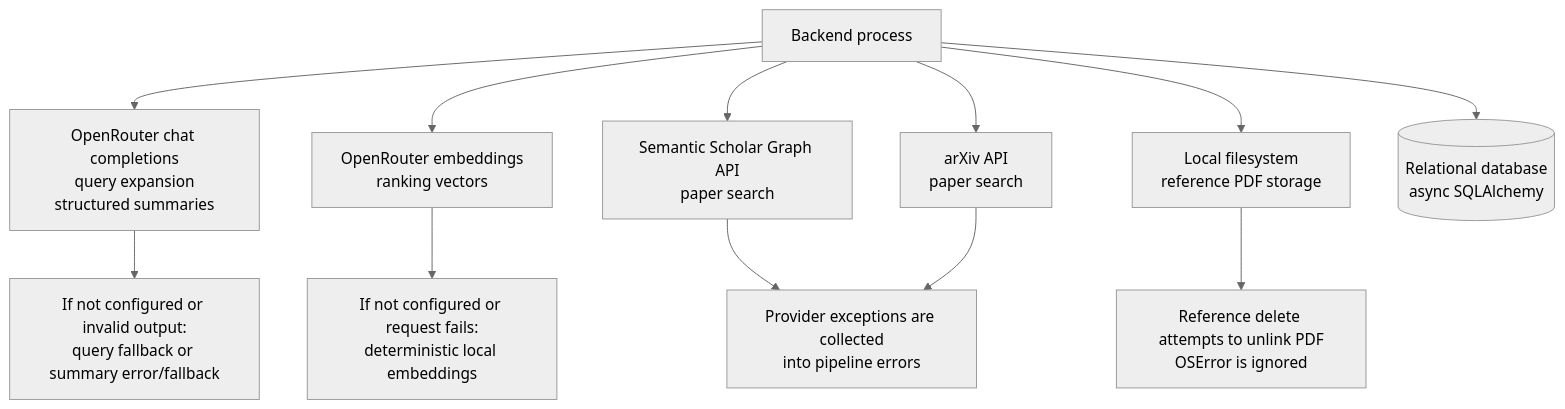
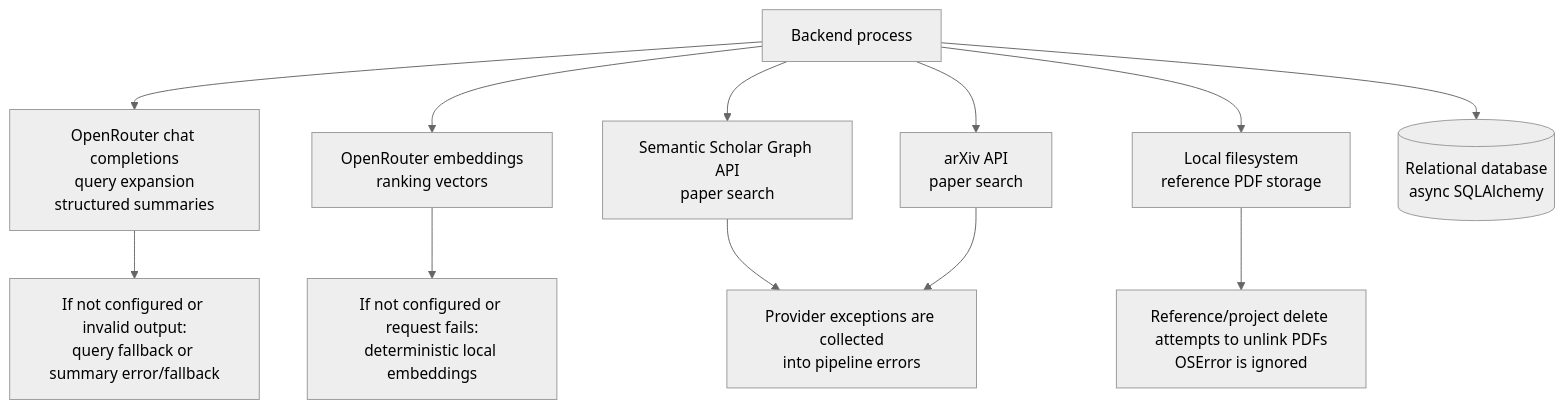
One commit to hungnt0406/confluex-AI-powered-research-workspace changed diagram 13 of 13 in docs/backend-diagram.md. Above: the diagram before and after it, drawn with Mermaid (neutral theme). The commit also changed other lines of this file and 4 other files, not shown here.

Commit message:
docs: Documented the new citation-graph feature, endpoint behavior, and manual test flow.

````diff
--- a/docs/backend-diagram.md
+++ b/docs/backend-diagram.md
@@ -583,15 +594,15 @@
 ```mermaid
 flowchart TB
     Backend["Backend process"] --> OpenRouterChat["OpenRouter chat completions<br/>query expansion<br/>structured summaries"]
     Backend --> OpenRouterEmbeddings["OpenRouter embeddings<br/>ranking vectors"]
     Backend --> SemanticScholar["Semantic Scholar Graph API<br/>paper search"]
     Backend --> Arxiv["arXiv API<br/>paper search"]
     Backend --> LocalDisk["Local filesystem<br/>reference PDF storage"]
     Backend --> Database[(Relational database<br/>async SQLAlchemy)]
 
     OpenRouterChat --> ChatFallback["If not configured or invalid output:<br/>query fallback or summary error/fallback"]
     OpenRouterEmbeddings --> EmbeddingFallback["If not configured or request fails:<br/>deterministic local embeddings"]
     SemanticScholar --> SearchErrorHandling["Provider exceptions are collected<br/>into pipeline errors"]
     Arxiv --> SearchErrorHandling
-    LocalDisk --> UploadCleanup["Reference delete attempts to unlink PDF<br/>OSError is ignored"]
+    LocalDisk --> UploadCleanup["Reference/project delete attempts to unlink PDFs<br/>OSError is ignored"]
 ```
````
